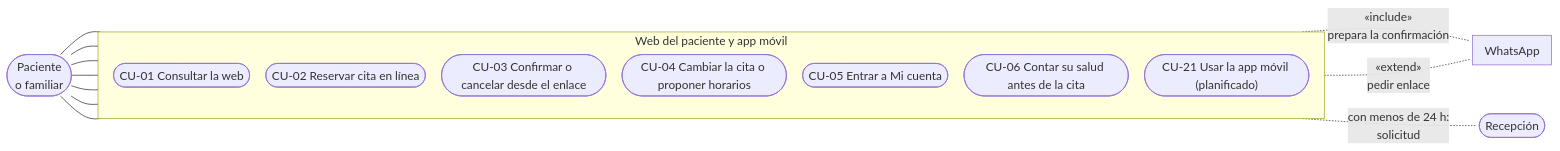
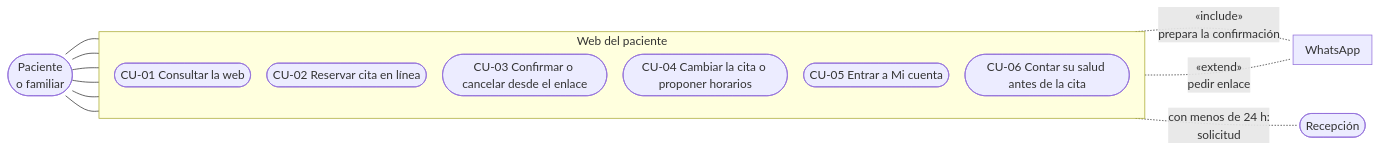
The diagram in docs/entregables/E1-requerimientos-y-diseno/diagramas/casos-de-uso-paciente.mmd (francalizaya266-sudo/venga-implantes), drawn with Mermaid before and after one commit. The commit also changed 19 other files, not shown here.

First line of the commit message:
docs(E1): sacar la app móvil y la IA del alcance y sumar lo que entró después

```diff
--- a/docs/entregables/E1-requerimientos-y-diseno/diagramas/casos-de-uso-paciente.mmd
+++ b/docs/entregables/E1-requerimientos-y-diseno/diagramas/casos-de-uso-paciente.mmd
@@ -1,20 +1,19 @@
 %%{init: {"flowchart": {"nodeSpacing": 22, "rankSpacing": 36, "padding": 8}}}%%
 flowchart LR
   pac(["Paciente<br/>o familiar"])
-  subgraph S["Web del paciente y app móvil"]
+  subgraph S["Web del paciente"]
     direction TB
     cu1(["CU-01 Consultar la web"])
     cu2(["CU-02 Reservar cita en línea"])
     cu3(["CU-03 Confirmar o cancelar desde el enlace"])
     cu4(["CU-04 Cambiar la cita o proponer horarios"])
     cu5(["CU-05 Entrar a Mi cuenta"])
     cu6(["CU-06 Contar su salud antes de la cita"])
-    cu21(["CU-21 Usar la app móvil (planificado)"])
   end
   wa["WhatsApp"]
   rec(["Recepción"])
-  pac --- cu1 & cu2 & cu3 & cu4 & cu5 & cu6 & cu21
+  pac --- cu1 & cu2 & cu3 & cu4 & cu5 & cu6
   cu2 -. "«include»<br/>prepara la confirmación" .-> wa
   cu4 -. "con menos de 24 h:<br/>solicitud" .-> rec
   cu5 -. "«extend»<br/>pedir enlace" .-> wa
   linkStyle default marker-end:none
```
